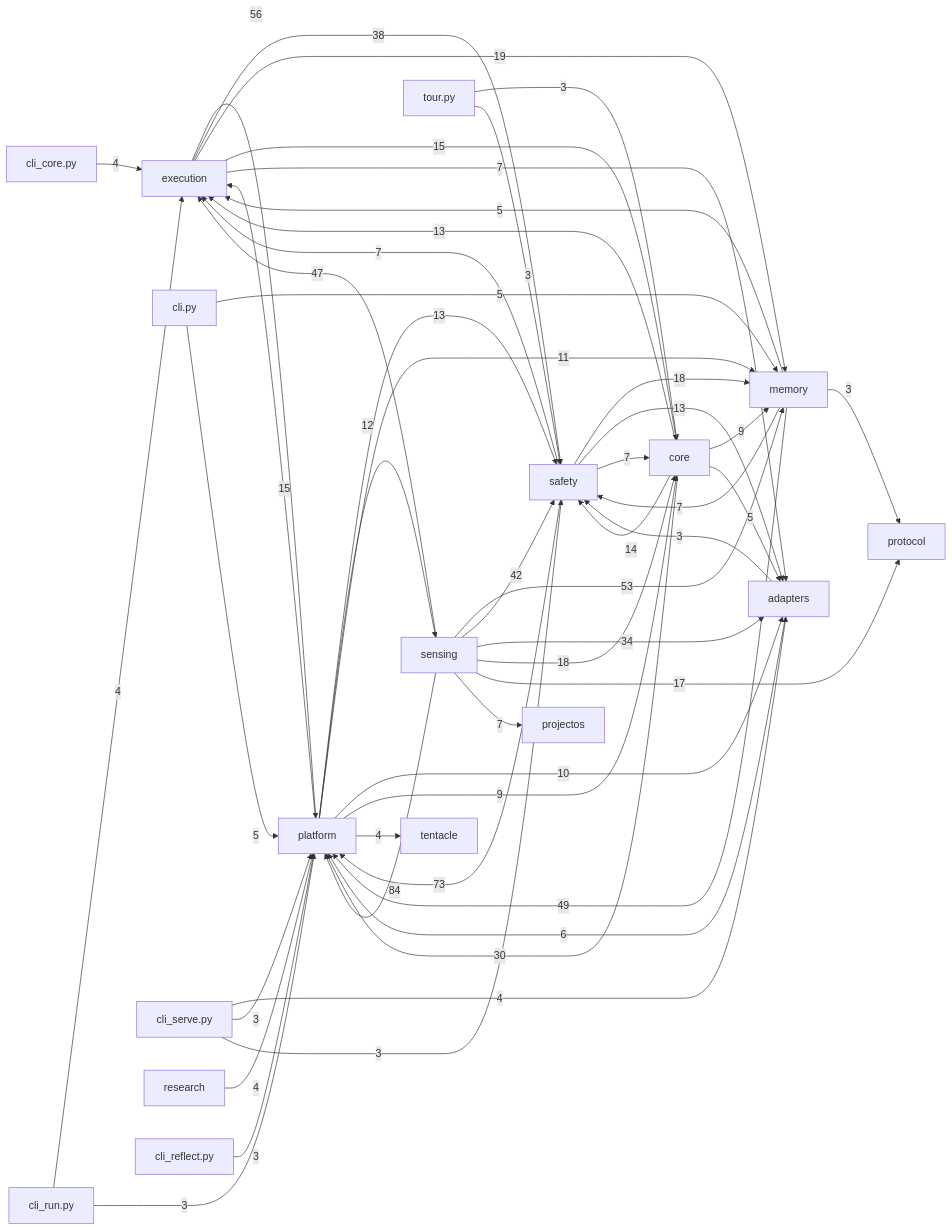
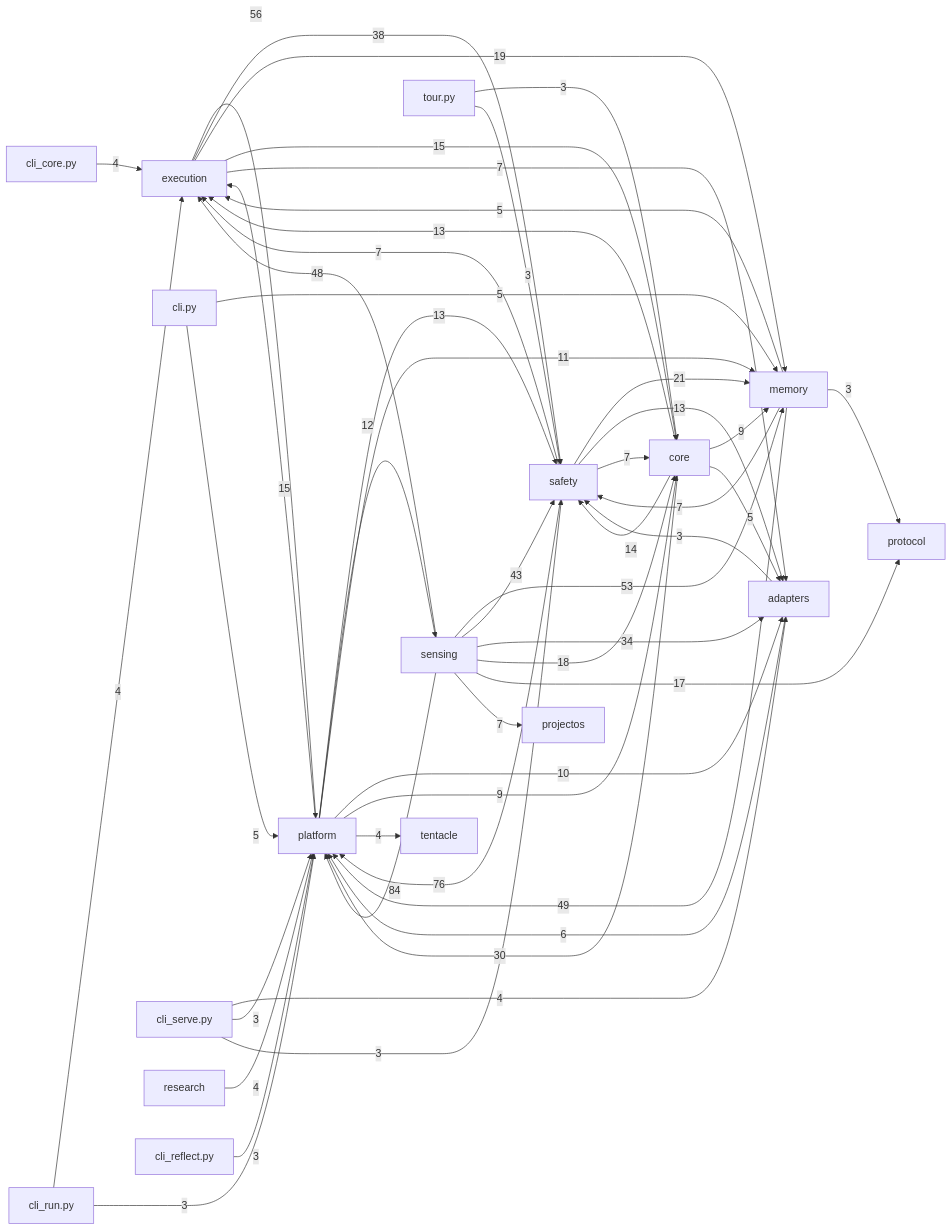
The diagram in docs/auto/20-backend/index.md (dengdenghua/octopus-agent), drawn with Mermaid before and after one commit. The commit also changed 4 other files, not shown here.

````diff
--- a/docs/auto/20-backend/index.md
+++ b/docs/auto/20-backend/index.md
@@ -26,58 +26,58 @@
 ```mermaid
 graph LR
   execution[execution]
   core[core]
   safety[safety]
   memory[memory]
   sensing[sensing]
   adapters[adapters]
   platform[platform]
   sensing -- 84 --> platform
-  safety -- 73 --> platform
+  safety -- 76 --> platform
   execution -- 56 --> platform
   sensing -- 53 --> memory
   memory -- 49 --> platform
-  sensing -- 47 --> execution
-  sensing -- 42 --> safety
+  sensing -- 48 --> execution
+  sensing -- 43 --> safety
   execution -- 38 --> safety
   sensing -- 34 --> adapters
   core -- 30 --> platform
+  safety -- 21 --> memory
   execution -- 19 --> memory
-  safety -- 18 --> memory
   sensing -- 18 --> core
   sensing -- 17 --> protocol
   execution -- 15 --> core
   platform -- 15 --> execution
   core -- 14 --> safety
   core -- 13 --> execution
   platform -- 13 --> safety
   safety -- 13 --> adapters
   platform -- 12 --> sensing
   platform -- 11 --> memory
   platform -- 10 --> adapters
   core -- 9 --> memory
   platform -- 9 --> core
   execution -- 7 --> adapters
   memory -- 7 --> safety
   safety -- 7 --> core
   safety -- 7 --> execution
   sensing -- 7 --> projectos
   adapters -- 6 --> platform
   cli.py -- 5 --> memory
   cli.py -- 5 --> platform
   core -- 5 --> adapters
   memory -- 5 --> execution
   cli_core.py -- 4 --> execution
   cli_run.py -- 4 --> execution
   cli_serve.py -- 4 --> adapters
   platform -- 4 --> tentacle
   research -- 4 --> platform
   adapters -- 3 --> safety
   cli_reflect.py -- 3 --> platform
   cli_run.py -- 3 --> platform
   cli_serve.py -- 3 --> platform
   cli_serve.py -- 3 --> safety
   memory -- 3 --> protocol
   tour.py -- 3 --> core
   tour.py -- 3 --> safety
 ```
````
